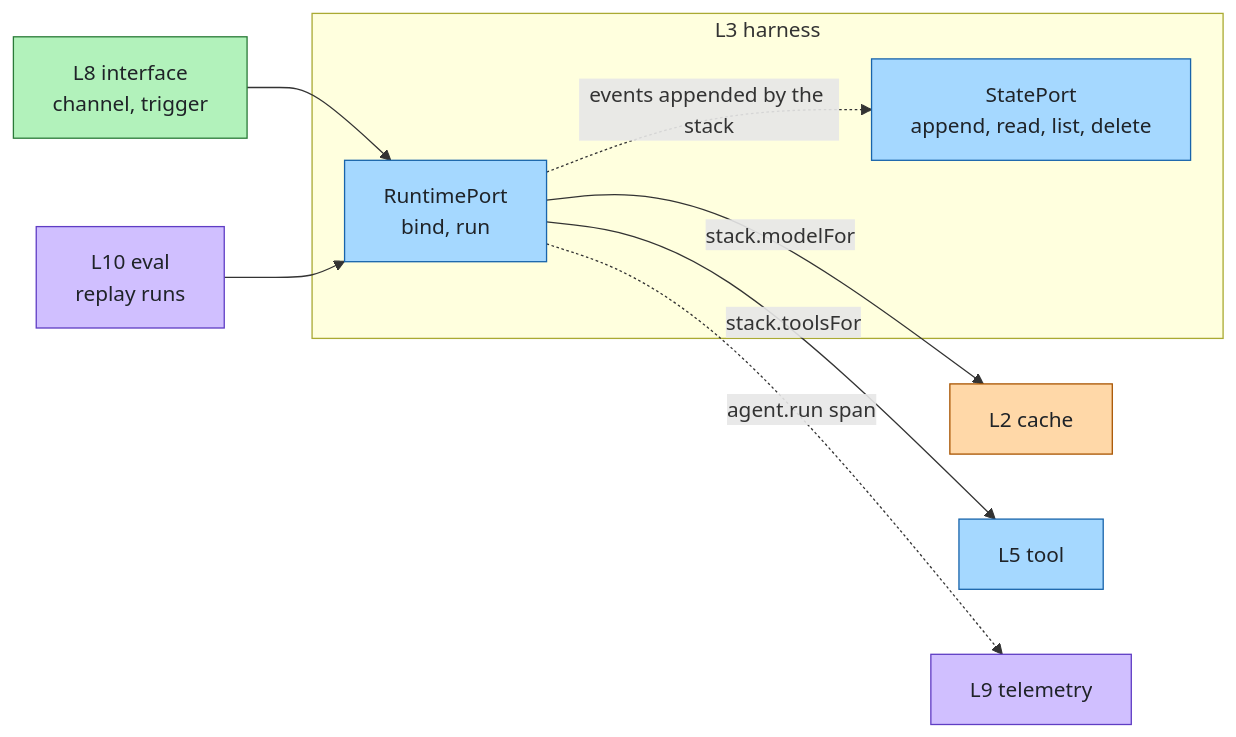
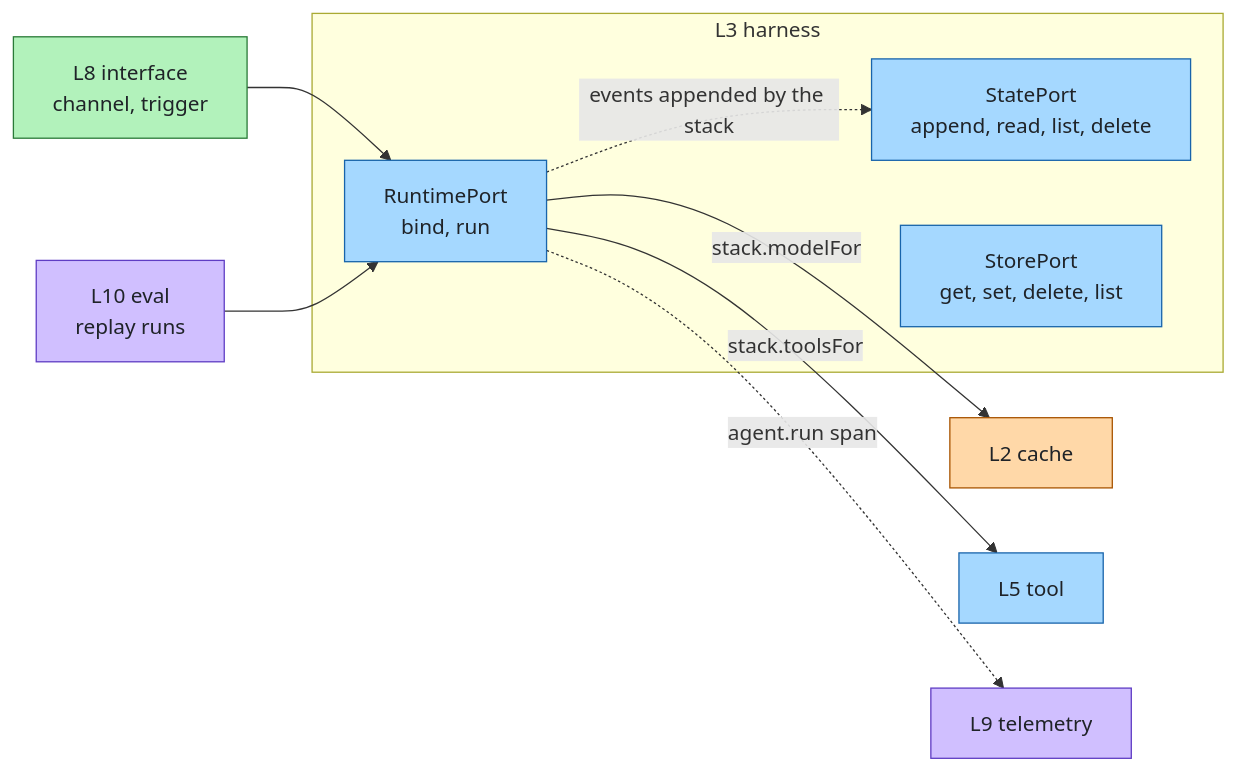
The first of 2 diagrams in docs/layers/harness.md (aantenore/agent-layers), drawn with Mermaid before and after one commit. The commit also changed other lines of this file and 72 other files, not shown here.

First line of the commit message:
feat: StorePort, approval list and cancel, approval routes in the gateway

````diff
--- a/docs/layers/harness.md
+++ b/docs/layers/harness.md
@@ -51,17 +52,18 @@
 ```mermaid
 flowchart LR
   interface["L8 interface<br/>channel, trigger"]:::experience --> runtime
   eval["L10 eval<br/>replay runs"]:::insight --> runtime
   subgraph sg["L3 harness"]
     runtime["RuntimePort<br/>bind, run"]:::agent
     state["StatePort<br/>append, read, list, delete"]:::agent
+    store["StorePort<br/>get, set, delete, list"]:::agent
   end
   runtime -.->|"events appended by the stack"| state
   runtime -->|"stack.modelFor"| cache["L2 cache"]:::model
   runtime -->|"stack.toolsFor"| tool["L5 tool"]:::agent
   runtime -.->|"agent.run span"| telemetry["L9 telemetry"]:::insight
   classDef model fill:#ffd8a8,stroke:#a85400,color:#1f2328
   classDef agent fill:#a5d8ff,stroke:#1864ab,color:#1f2328
   classDef experience fill:#b2f2bb,stroke:#2a7a38,color:#1f2328
   classDef insight fill:#d0bfff,stroke:#5f3dc4,color:#1f2328
 ```
````
